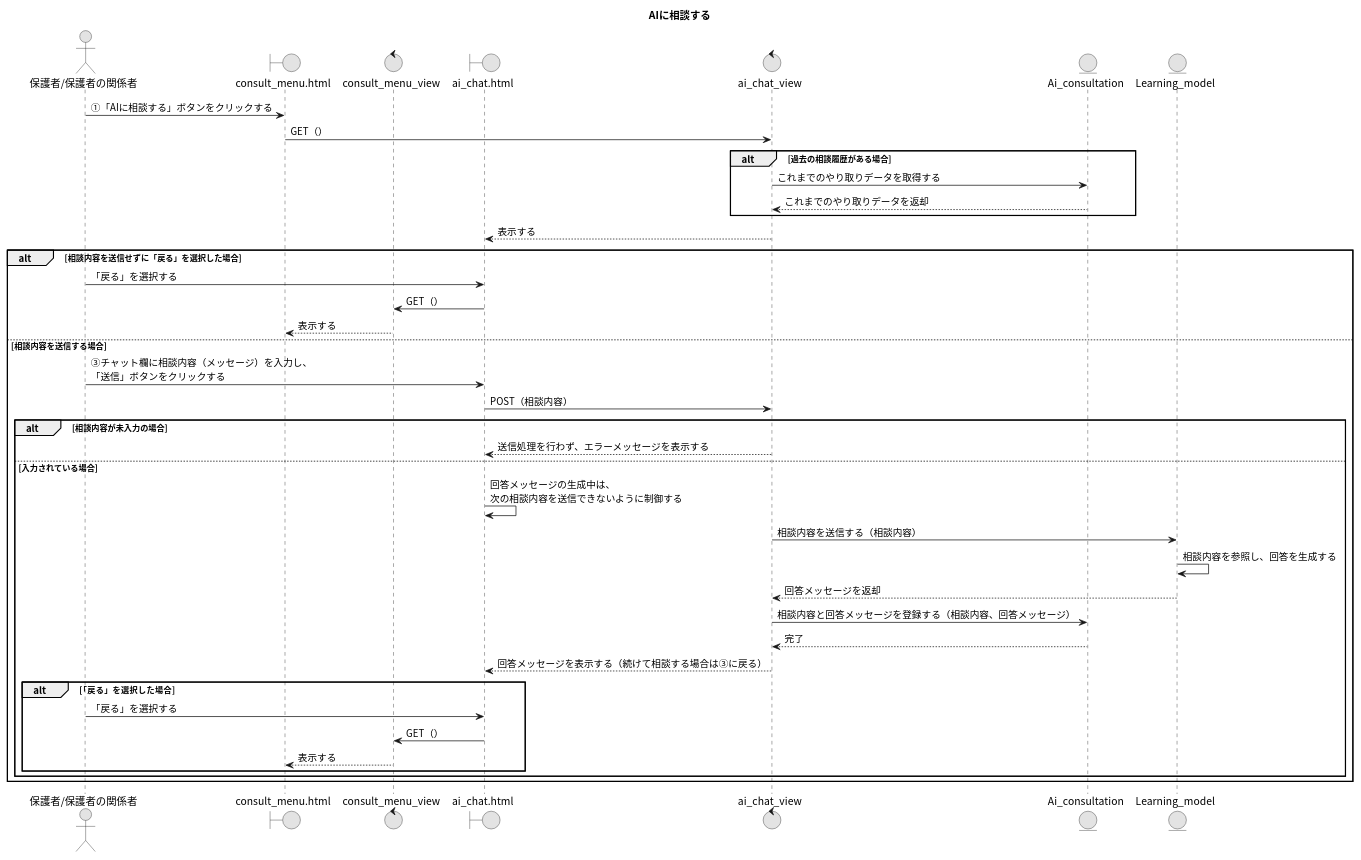
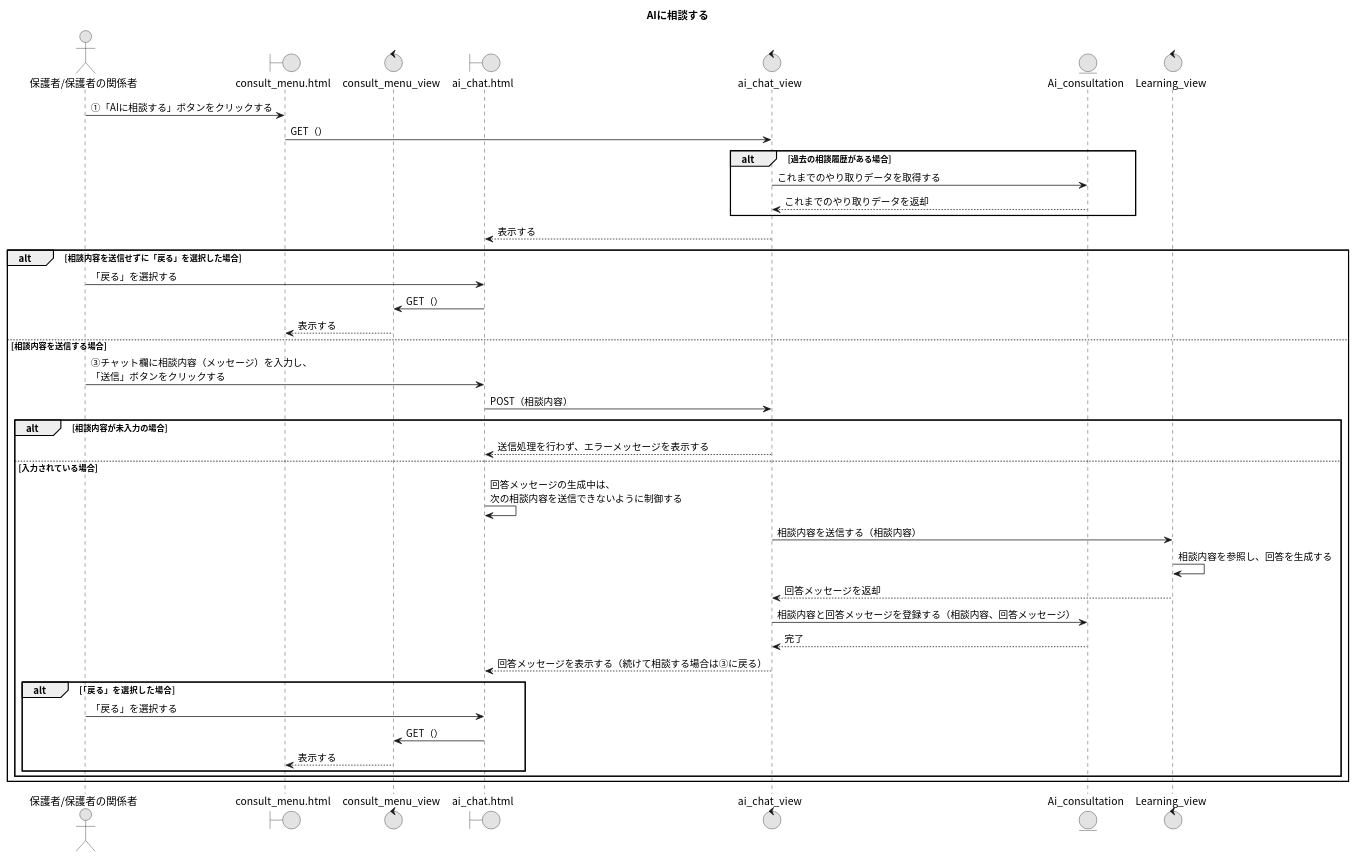
The diagram in 09_AIに相談する.puml (Ma2naga190330/26_sotugyou_puml), drawn with PlantUML before and after one commit.

Commit message:
fix : ai相談

```diff
--- a/09_AIに相談する.puml
+++ b/09_AIに相談する.puml
@@ -1,46 +1,46 @@
 @startuml
 title AIに相談する
 skinparam defaultFontName "Noto Sans CJK JP"
 skinparam monochrome true
-
+' Learningモデルの修正
 actor "保護者/保護者の関係者" as A
 boundary "consult_menu.html" as CMP
 control "consult_menu_view" as CMV
 boundary "ai_chat.html" as ACP
 control "ai_chat_view" as ACV
 entity "Ai_consultation" as ACSM
-entity "Learning_model" as LMM
+control "Learning_view" as LV
 
 A -> CMP : ①「AIに相談する」ボタンをクリックする
 CMP -> ACV : GET（）
 alt 過去の相談履歴がある場合
   ACV -> ACSM : これまでのやり取りデータを取得する
   ACV <-- ACSM : これまでのやり取りデータを返却
 end
 ACV --> ACP : 表示する
 
 alt 相談内容を送信せずに「戻る」を選択した場合
   A -> ACP : 「戻る」を選択する
   ACP -> CMV : GET（）
   CMV --> CMP : 表示する
 else 相談内容を送信する場合
   A -> ACP : ③チャット欄に相談内容（メッセージ）を入力し、\n「送信」ボタンをクリックする
   ACP -> ACV : POST（相談内容）
   alt 相談内容が未入力の場合
     ACV --> ACP : 送信処理を行わず、エラーメッセージを表示する
   else 入力されている場合
     ACP -> ACP : 回答メッセージの生成中は、\n次の相談内容を送信できないように制御する
-    ACV -> LMM : 相談内容を送信する（相談内容）
-    LMM -> LMM : 相談内容を参照し、回答を生成する
-    ACV <-- LMM : 回答メッセージを返却
+    ACV -> LV : 相談内容を送信する（相談内容）
+    LV -> LV : 相談内容を参照し、回答を生成する
+    ACV <-- LV : 回答メッセージを返却
     ACV -> ACSM : 相談内容と回答メッセージを登録する（相談内容、回答メッセージ）
     ACV <-- ACSM : 完了
     ACV --> ACP : 回答メッセージを表示する（続けて相談する場合は③に戻る）
     alt 「戻る」を選択した場合
       A -> ACP : 「戻る」を選択する
       ACP -> CMV : GET（）
       CMV --> CMP : 表示する
     end
   end
 end
 @enduml
```
